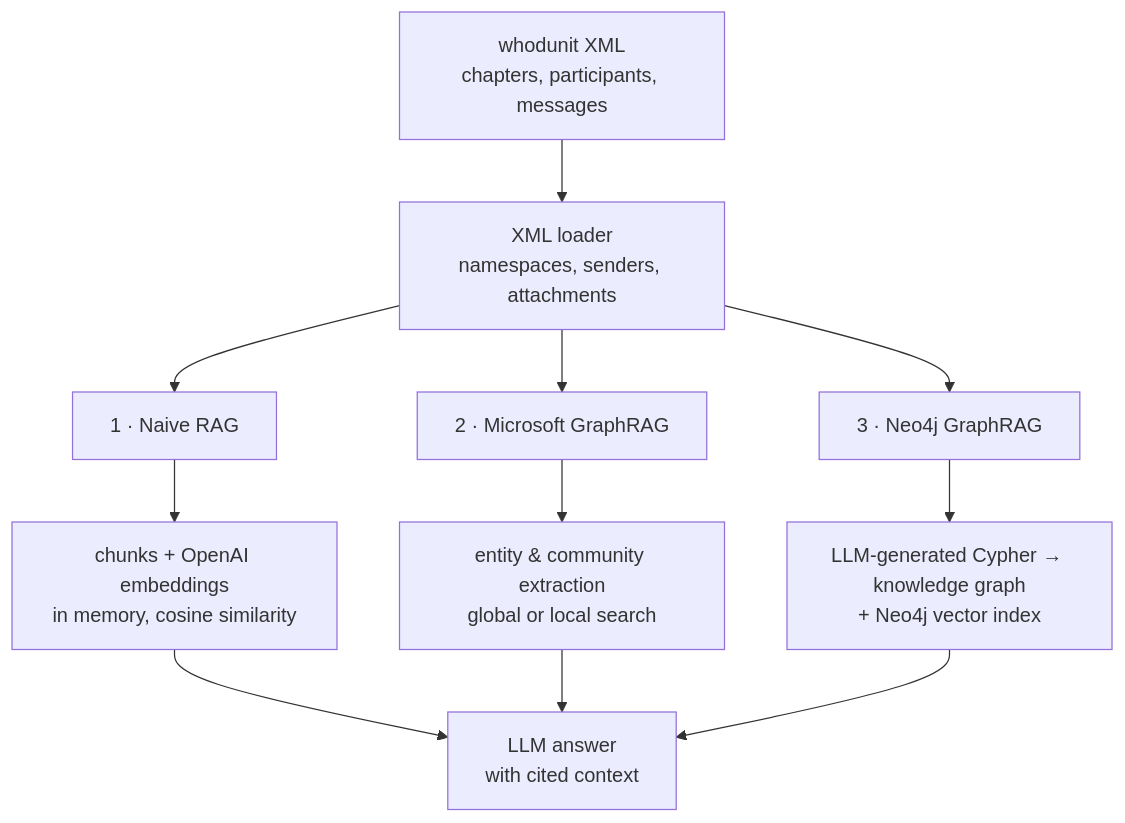
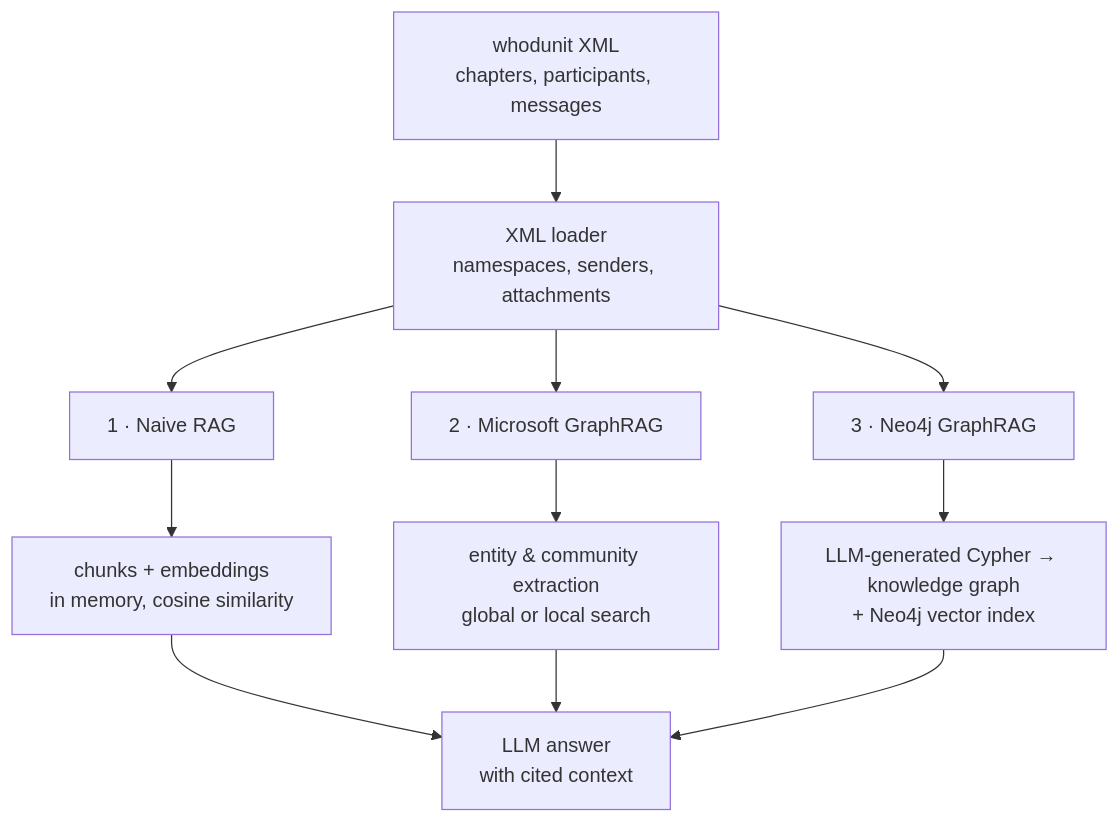
The diagram in README.md (OfekZagury/AI-xml-Story-Investigator), drawn with Mermaid before and after one commit. The commit also changed other lines of this file and 59 other files, not shown here.

First line of the commit message:
Add the story, a Gemini-built GraphRAG index and a live web UI

````diff
--- a/README.md
+++ b/README.md
@@ -9,11 +11,11 @@
 ```mermaid
 flowchart TD
     X[whodunit XML<br/>chapters, participants, messages] --> L[XML loader<br/>namespaces, senders, attachments]
     L --> N[1 · Naive RAG]
     L --> M[2 · Microsoft GraphRAG]
     L --> G[3 · Neo4j GraphRAG]
-    N --> N1[chunks + OpenAI embeddings<br/>in memory, cosine similarity]
+    N --> N1[chunks + embeddings<br/>in memory, cosine similarity]
     M --> M1[entity & community extraction<br/>global or local search]
     G --> G1[LLM-generated Cypher → knowledge graph<br/>+ Neo4j vector index]
     N1 & M1 & G1 --> A[LLM answer<br/>with cited context]
 ```
````
